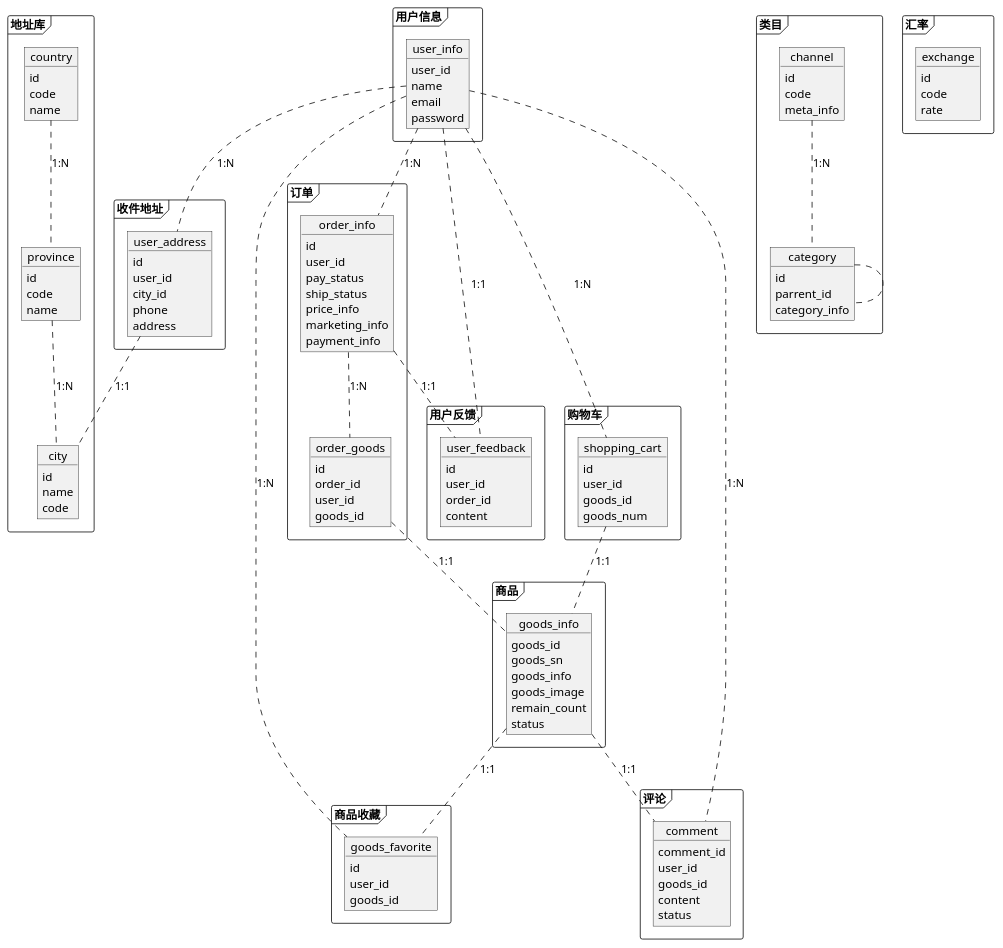
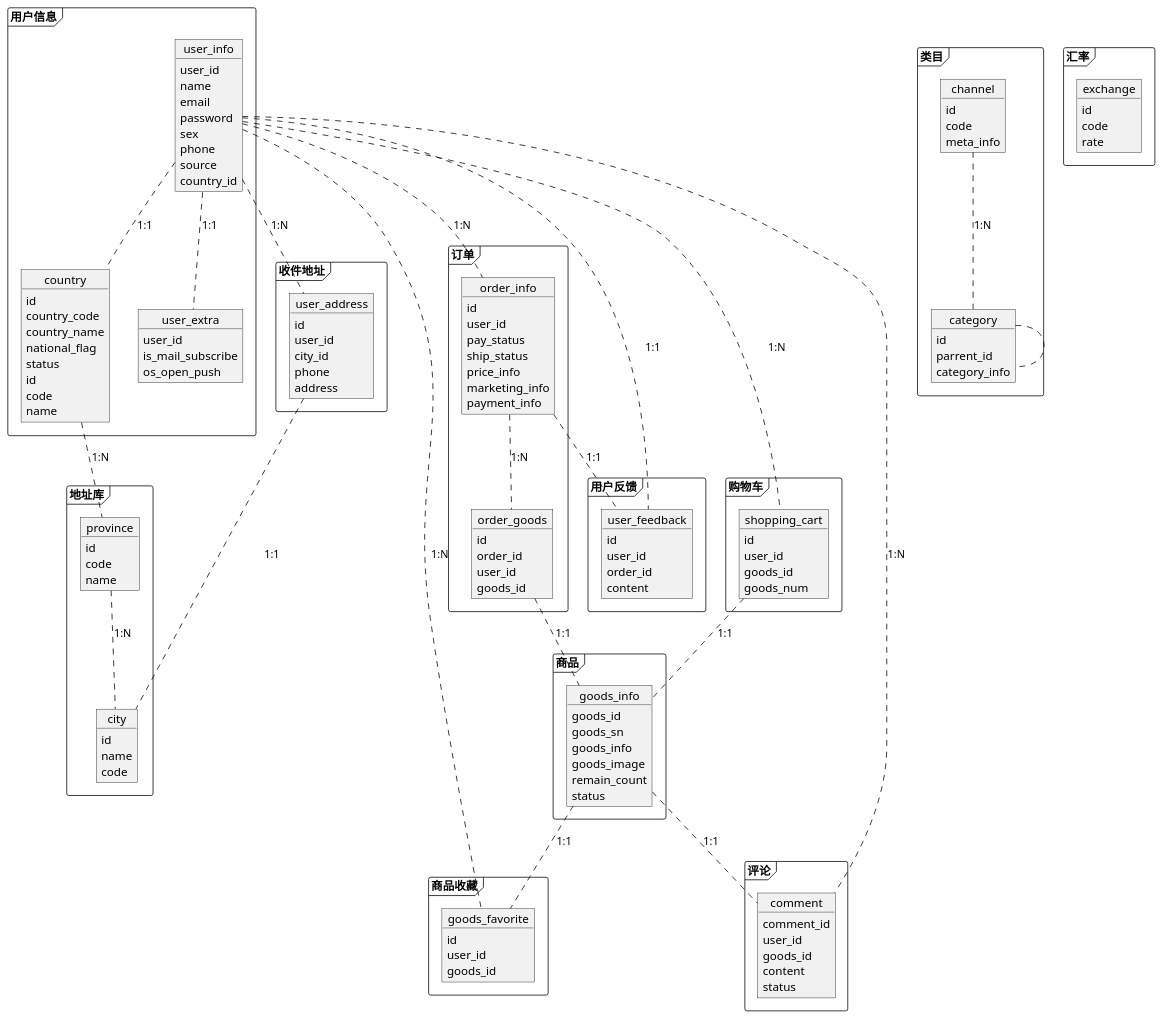
One commit to wonderflyer/doc changed the diagram in shop.puml. Above: the diagram before and after it, drawn with PlantUML.

Commit message:
update something about user

```diff
--- a/shop.puml
+++ b/shop.puml
@@ -1,159 +1,179 @@
 @startuml
 
 
 frame 用户信息 {
 object user_info {
     user_id
     name
     email
     password
+    sex
+    phone
+    source
+    country_id
+}
+
+object country {
+    id
+    country_code
+    country_name
+    national_flag
+    status
+}
+
+user_info .. country: 1:1
+
+object user_extra {
+    user_id
+    is_mail_subscribe
+    os_open_push
 }
 }
 
 
 frame 收件地址{
 object user_address {
     id
     user_id
     city_id
     phone
     address
 }
 }
 
 frame 订单 {
-object order_info {
-    id
-    user_id
-    pay_status
-    ship_status
-    price_info
-    marketing_info
-    payment_info
-}
+	object order_info {
+		id
+		user_id
+		pay_status
+		ship_status
+		price_info
+		marketing_info
+		payment_info
+	}
 
-object order_goods {
-    id
-    order_id
-    user_id
-    goods_id
-}
+	object order_goods {
+		id
+		order_id
+		user_id
+		goods_id
+	}
 }
 
 frame 商品{
 object goods_info {
     goods_id
     goods_sn
     goods_info
     goods_image
     remain_count
     status
 }
 }
 
 frame 商品收藏{
 object goods_favorite {
     id
     user_id
     goods_id
 }
 }
 
 frame 用户反馈{
 object user_feedback {
     id
     user_id
     order_id
     content
 }
 }
 
 frame 类目 {
 object category {
     id
     parrent_id
     category_info
 }
 
 object channel {
     id
     code
     meta_info
 }
 }
-
 
 frame 地址库{
 object country {
     id
     code
     name
 }
 
 object province {
     id
     code
     name
 }
 
 object city {
     id
     name
     code
 }
 }
 
 
 frame 购物车{
 object shopping_cart {
     id
     user_id
     goods_id
     goods_num
 }
 }
 
 frame 汇率{
 object exchange {
     id
     code
     rate
 }
 }
 
 frame 评论 {
     object comment {
         comment_id
         user_id
         goods_id
         content
         status
     }
 }
 
 
 user_info .. user_address : 1:N
+user_info .. user_extra: 1:1
 country .. province : 1:N
 province .. city : 1:N
 user_address .. city : 1:1
 
 user_info .. comment : 1:N
 goods_info .. comment : 1:1
 
 user_info .. goods_favorite : 1:N
 goods_info .. goods_favorite : 1:1
 
 user_info .. shopping_cart : 1:N
 shopping_cart .. goods_info : 1:1
 
 user_info .. user_feedback : 1:1
 order_info .. user_feedback : 1:1
 
 channel .. category : 1:N
 category .. category
 
 user_info .. order_info : 1:N
 order_info .. order_goods : 1:N
 order_goods .. goods_info : 1:1
 
 @enduml
```
